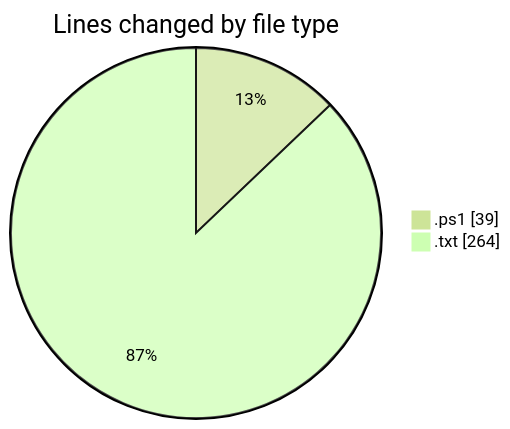
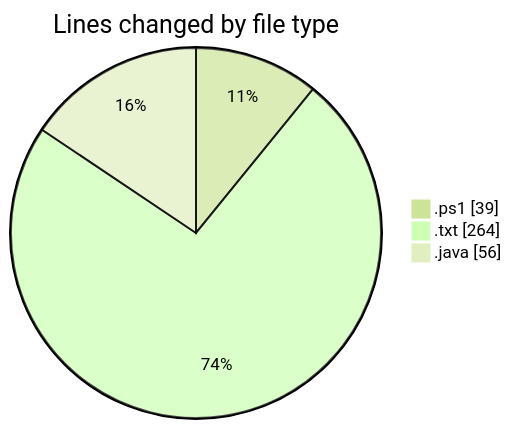
One commit to ricardozamudiocil/code-tracking changed the first of 2 diagrams in 2026-03-03/cilreports__workspace_/README.md. Above: the diagram before and after it, drawn with Mermaid (forest theme). The commit also changed other lines of this file and 1 other file, not shown here.

````diff
--- a/2026-03-03/cilreports__workspace_/README.md
+++ b/2026-03-03/cilreports__workspace_/README.md
@@ -22,6 +24,7 @@
 ```mermaid
 pie showData
 title Lines changed by file type
 ".ps1" : 39
 ".txt" : 264
+".java" : 56
 ```
````
